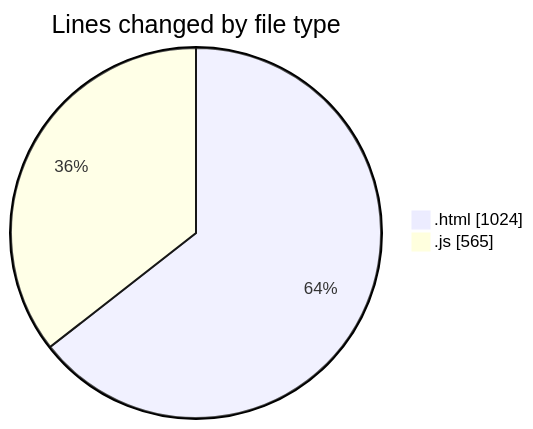
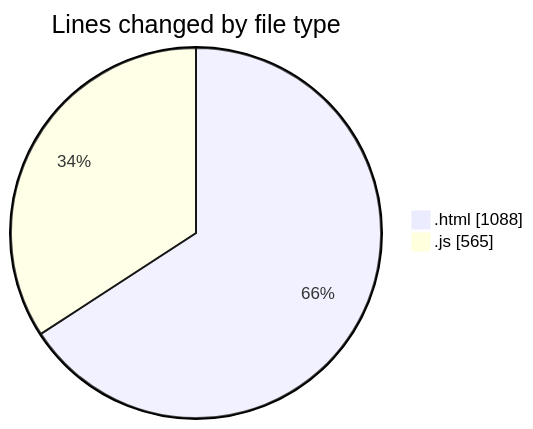
Before and after one commit to IJAZ3593/code-tracking: the first of 2 diagrams in 2025-09-13/new_folder/README.md, drawn with Mermaid. The commit also changed other lines of this file and 1 other file, not shown here.

````diff
--- a/2025-09-13/new_folder/README.md
+++ b/2025-09-13/new_folder/README.md
@@ -26,6 +26,6 @@
 ```mermaid
 pie showData
 title Lines changed by file type
-".html" : 1024
+".html" : 1088
 ".js" : 565
 ```
````
